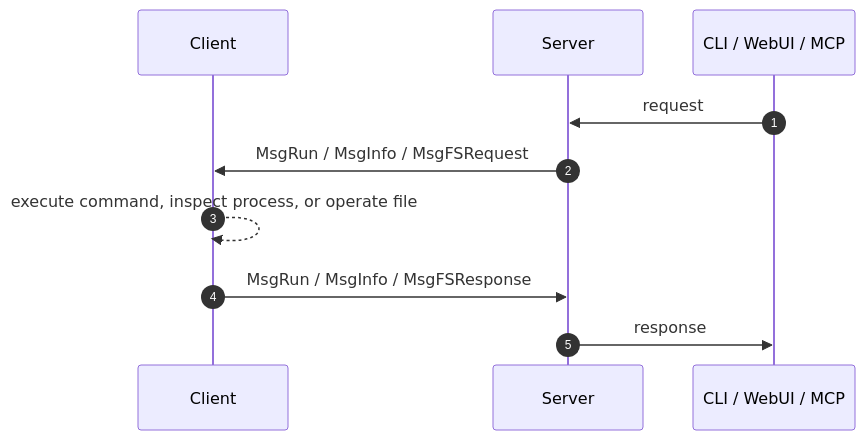
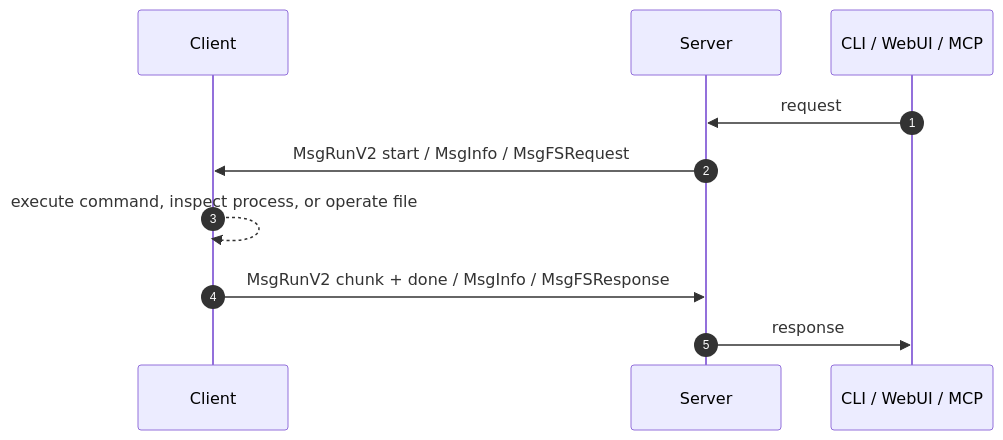
Before and after one commit to SignorMercurio/siren_docs: the third of 6 diagrams in content/docs/(siren)/protocol.mdx, drawn with Mermaid. The commit also changed other lines of this file and 13 other files, not shown here.

````diff
--- a/content/docs/(siren)/protocol.mdx
+++ b/content/docs/(siren)/protocol.mdx
@@ -156,12 +142,12 @@
 ```mermaid
 sequenceDiagram
     autonumber
     participant C as Client
     participant S as Server
     participant U as CLI / WebUI / MCP
     U->>S: request
-    S->>C: MsgRun / MsgInfo / MsgFSRequest
+    S->>C: MsgRunV2 start / MsgInfo / MsgFSRequest
     C-->>C: execute command, inspect process, or operate file
-    C->>S: MsgRun / MsgInfo / MsgFSResponse
+    C->>S: MsgRunV2 chunk + done / MsgInfo / MsgFSResponse
     S->>U: response
 ```
````
